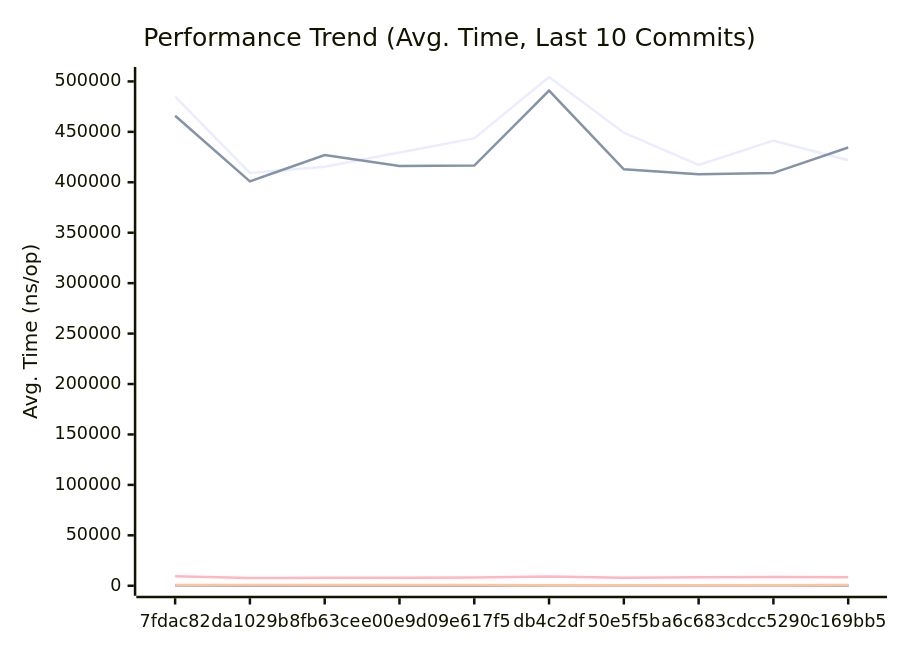
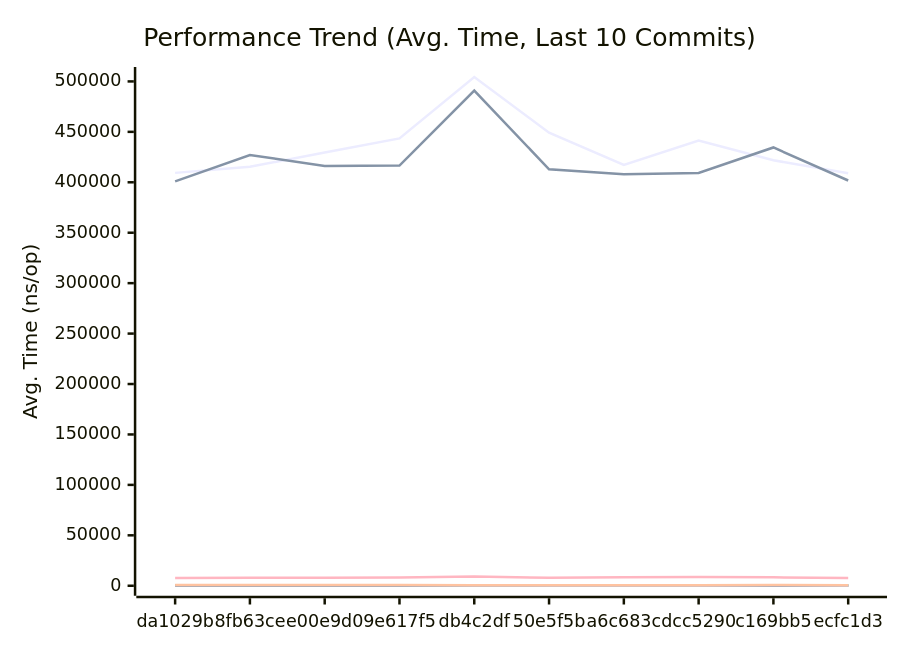
Before and after one commit to alsotoes/momo: the first of 3 diagrams in docs/PERFORMANCE.md, drawn with Mermaid. The commit also changed other lines of this file and 4 other files, not shown here.

Commit message:
fix: validate storage backend at config load time (#649)

````diff
--- a/docs/PERFORMANCE.md
+++ b/docs/PERFORMANCE.md
@@ -145,20 +145,20 @@
 ```mermaid
 xychart-beta
     title "Performance Trend (Avg. Time, Last 10 Commits)"
     x-axis "Commit"
     y-axis "Avg. Time (ns/op)"
-    x-axis [7fdac82,da1029b,8fb63ce,e00e9d0,9e617f5,db4c2df,50e5f5b,a6c683c,dcc5290,c169bb5]
-    line "AWSChunkedReaderSigned" [484836,409335,415353,429495,443463,504383,449225,417284,441285,421825]
-    line "AWSChunkedReaderUnsigned" [465971,400921,427097,416046,416589,490906,412879,408069,409317,434524]
-    line "CheckMetricsAndSwap" [10,7,8,8,7,8,8,8,8,8]
-    line "CrushOptimized" [427,297,293,318,318,375,304,305,316,338]
-    line "CrushOriginal" [459,396,411,411,409,471,434,425,445,417]
+    x-axis [da1029b,8fb63ce,e00e9d0,9e617f5,db4c2df,50e5f5b,a6c683c,dcc5290,c169bb5,ecfc1d3]
+    line "AWSChunkedReaderSigned" [409335,415353,429495,443463,504383,449225,417284,441285,421825,408990]
+    line "AWSChunkedReaderUnsigned" [400921,427097,416046,416589,490906,412879,408069,409317,434524,401783]
+    line "CheckMetricsAndSwap" [7,8,8,7,8,8,8,8,8,8]
+    line "CrushOptimized" [297,293,318,318,375,304,305,316,338,304]
+    line "CrushOriginal" [396,411,411,409,471,434,425,445,417,407]
     line "IndexDirectTracking" [0,0,0,0,0,0,0,0,0,0]
     line "IndexSearch" [2,2,2,2,2,2,2,2,2,2]
-    line "LoadGlobalConfig" [9473,7743,7862,8049,8138,9117,7890,8368,8771,8344]
-    line "PadString" [46,38,38,39,39,49,39,40,45,41]
+    line "LoadGlobalConfig" [7743,7862,8049,8138,9117,7890,8368,8771,8344,7742]
+    line "PadString" [38,38,39,39,49,39,40,45,41,40]
     line "ParseReplicationOrder_NoPrealloc" [350,349,357,354,345,225,229,165,232,234]
     line "ParseReplicationOrder_Prealloc" [229,231,237,234,229,108,107,80,110,109]
-    line "SanitizeLog/Safe" [421,213,231,213,222,430,390,419,504,229]
-    line "SanitizeLog/Unsafe" [628,658,674,673,658,601,504,506,501,678]
+    line "SanitizeLog/Safe" [213,231,213,222,430,390,419,504,229,396]
+    line "SanitizeLog/Unsafe" [658,674,673,658,601,504,506,501,678,514]
 ```
````
